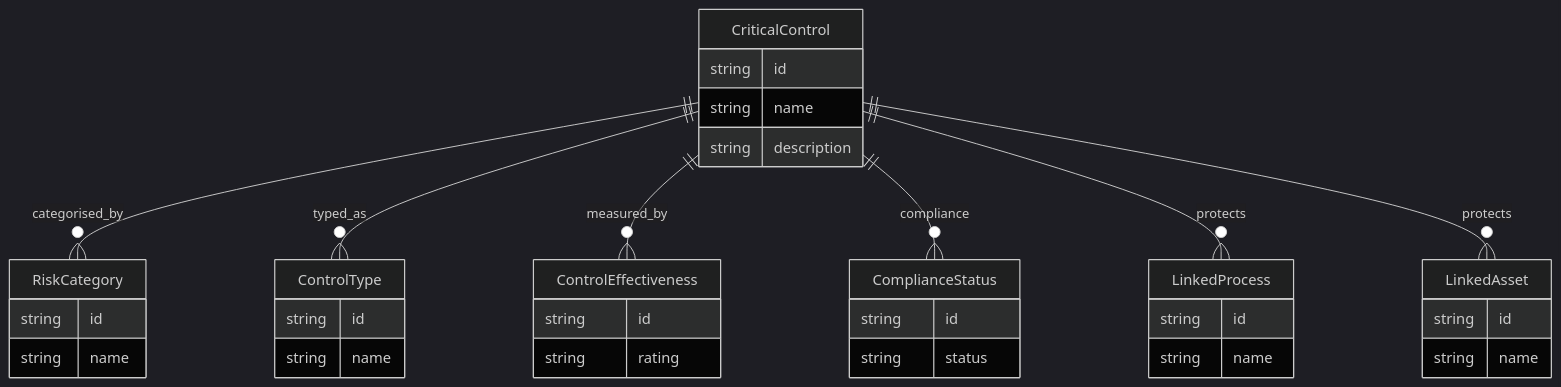
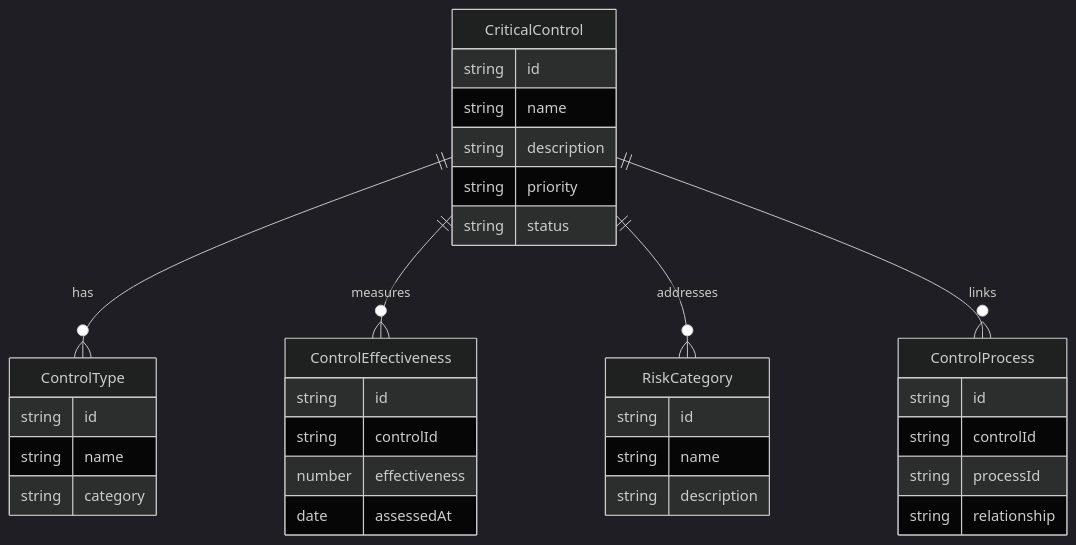
Before and after one commit to Duds/capopt_platform: the ninth of 10 diagrams in docs/design/solution-architecture-design.md, drawn with Mermaid (dark theme). The commit also changed other lines of this file and 41 other files, not shown here.

First line of the commit message:
feat: Implement Enterprise Information System and Strategic Navigation Flow

````diff
--- a/docs/design/solution-architecture-design.md
+++ b/docs/design/solution-architecture-design.md
@@ -364,38 +707,36 @@
 ```mermaid
 erDiagram
     CriticalControl {
         string id
         string name
         string description
+        string priority
+        string status
+    }
+    ControlType {
+        string id
+        string name
+        string category
+    }
+    ControlEffectiveness {
+        string id
+        string controlId
+        number effectiveness
+        date assessedAt
     }
     RiskCategory {
         string id
         string name
+        string description
     }
-    ControlType {
+    ControlProcess {
         string id
-        string name
+        string controlId
+        string processId
+        string relationship
     }
-    ControlEffectiveness {
-        string id
-        string rating
-    }
-    ComplianceStatus {
-        string id
-        string status
-    }
-    LinkedProcess {
-        string id
-        string name
-    }
-    LinkedAsset {
-        string id
-        string name
-    }
-    CriticalControl ||--o{ RiskCategory : categorised_by
-    CriticalControl ||--o{ ControlType : typed_as
-    CriticalControl ||--o{ ControlEffectiveness : measured_by
-    CriticalControl ||--o{ ComplianceStatus : compliance
-    CriticalControl ||--o{ LinkedProcess : protects
-    CriticalControl ||--o{ LinkedAsset : protects
+    CriticalControl ||--o{ ControlType : has
+    CriticalControl ||--o{ ControlEffectiveness : measures
+    CriticalControl ||--o{ RiskCategory : addresses
+    CriticalControl ||--o{ ControlProcess : links
 ```
````
